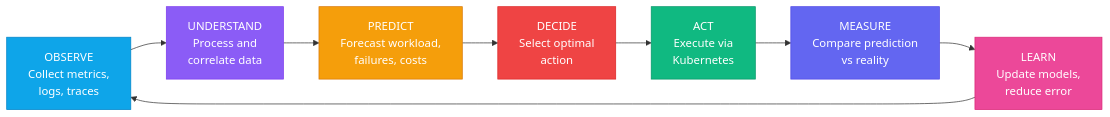
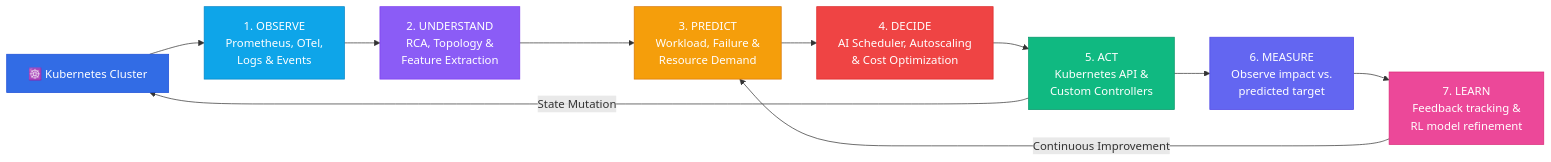
Before and after one commit to GemTAS/KubeMind: the second of 3 diagrams in docs/architecture/architecture-overview.md, drawn with Mermaid. The commit also changed other lines of this file and 3 other files, not shown here.

````diff
--- a/docs/architecture/architecture-overview.md
+++ b/docs/architecture/architecture-overview.md
@@ -42,18 +117,21 @@
 ```mermaid
 graph LR
-    A["OBSERVE<br/>Collect metrics,<br/>logs, traces"] --> B["UNDERSTAND<br/>Process and<br/>correlate data"]
-    B --> C["PREDICT<br/>Forecast workload,<br/>failures, costs"]
-    C --> D["DECIDE<br/>Select optimal<br/>action"]
-    D --> E["ACT<br/>Execute via<br/>Kubernetes"]
-    E --> F["MEASURE<br/>Compare prediction<br/>vs reality"]
-    F --> G["LEARN<br/>Update models,<br/>reduce error"]
-    G --> A
+    K8S["☸️ Kubernetes Cluster"] --> A["1. OBSERVE<br/>Prometheus, OTel,<br/>Logs & Events"]
+    A --> B["2. UNDERSTAND<br/>RCA, Topology &<br/>Feature Extraction"]
+    B --> C["3. PREDICT<br/>Workload, Failure &<br/>Resource Demand"]
+    C --> D["4. DECIDE<br/>AI Scheduler, Autoscaling<br/>& Cost Optimization"]
+    D --> E["5. ACT<br/>Kubernetes API &<br/>Custom Controllers"]
+    E --> F["6. MEASURE<br/>Observe impact vs.<br/>predicted target"]
+    F --> G["7. LEARN<br/>Feedback tracking &<br/>RL model refinement"]
+    G -->|Continuous Improvement| C
+    E -->|State Mutation| K8S
 
+    style K8S fill:#326ce5,stroke:#1d4ed8,color:#fff
     style A fill:#0ea5e9,stroke:#0284c7,color:#fff
     style B fill:#8b5cf6,stroke:#7c3aed,color:#fff
     style C fill:#f59e0b,stroke:#d97706,color:#fff
     style D fill:#ef4444,stroke:#dc2626,color:#fff
     style E fill:#10b981,stroke:#059669,color:#fff
     style F fill:#6366f1,stroke:#4f46e5,color:#fff
     style G fill:#ec4899,stroke:#db2777,color:#fff
 ```
````
